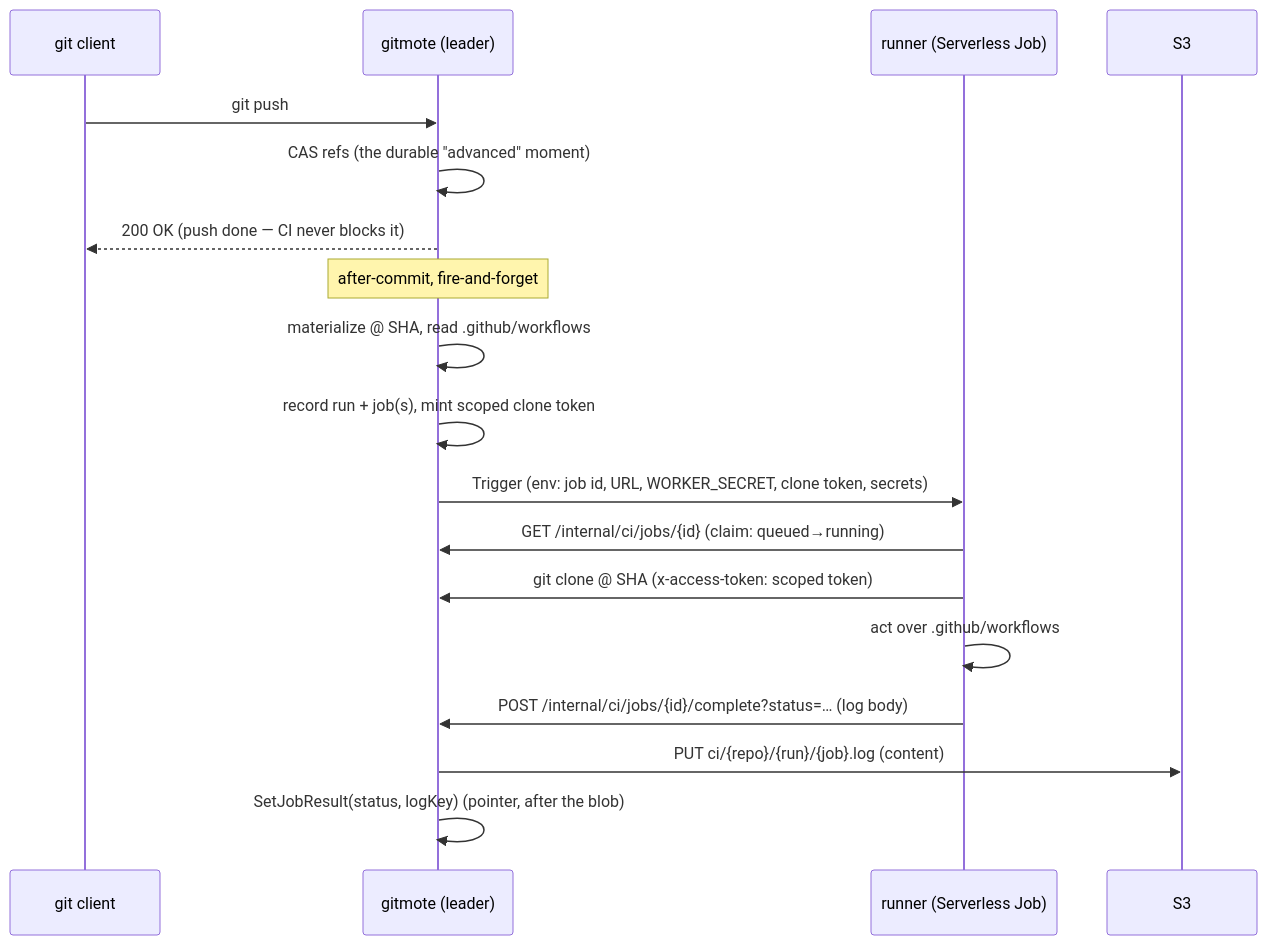
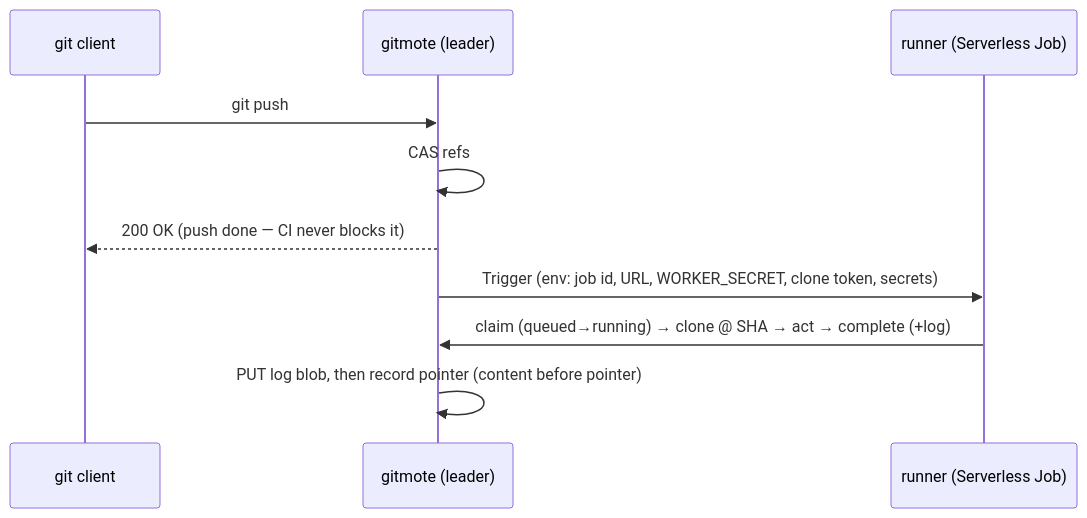
The diagram in docs/architecture/ci.md (atmin/gitmote), drawn with Mermaid before and after one commit. The commit also changed other lines of this file and 6 other files, not shown here.

Commit message:
docs: mark CI done — architecture doc, drop self-deploy, no in-Job image builds

````diff
--- a/docs/architecture/ci.md
+++ b/docs/architecture/ci.md
@@ -29,21 +21,12 @@
 ```mermaid
 sequenceDiagram
     participant C as git client
     participant W as gitmote (leader)
     participant J as runner (Serverless Job)
-    participant S as S3
-
     C->>W: git push
-    W->>W: CAS refs (the durable "advanced" moment)
+    W->>W: CAS refs
     W-->>C: 200 OK (push done — CI never blocks it)
-    Note over W: after-commit, fire-and-forget
-    W->>W: materialize @ SHA, read .github/workflows
-    W->>W: record run + job(s), mint scoped clone token
     W->>J: Trigger (env: job id, URL, WORKER_SECRET, clone token, secrets)
-    J->>W: GET /internal/ci/jobs/{id}  (claim: queued→running)
-    J->>W: git clone @ SHA  (x-access-token: scoped token)
-    J->>J: act over .github/workflows
-    J->>W: POST /internal/ci/jobs/{id}/complete?status=…  (log body)
-    W->>S: PUT ci/{repo}/{run}/{job}.log  (content)
-    W->>W: SetJobResult(status, logKey)   (pointer, after the blob)
+    J->>W: claim (queued→running) → clone @ SHA → act → complete (+log)
+    W->>W: PUT log blob, then record pointer (content before pointer)
 ```
````
